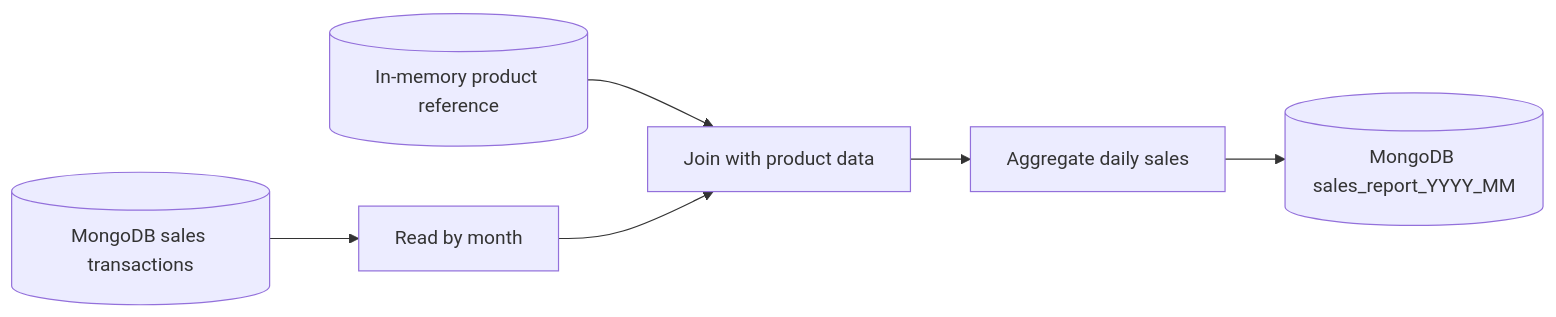
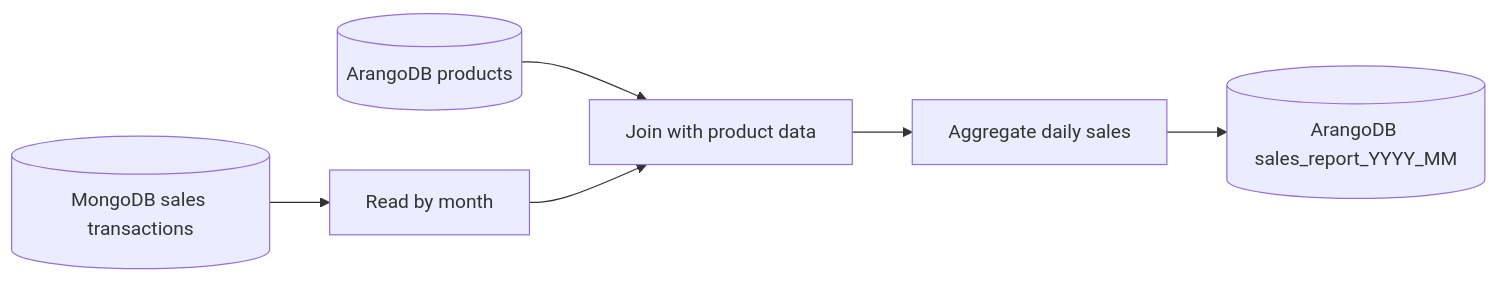
One commit to paulchen8206/Spark-Platform-on-Kubernetes-with-Spring-Boot changed the second of 2 diagrams in spark-batch-sales-report-job/README.md. Above: the diagram before and after it, drawn with Mermaid. The commit also changed other lines of this file and 9 other files, not shown here.

````diff
--- a/spark-batch-sales-report-job/README.md
+++ b/spark-batch-sales-report-job/README.md
@@ -83,8 +84,8 @@
 ```mermaid
 flowchart LR
   Input[(MongoDB sales transactions)] --> Read[Read by month]
-  Ref[(In-memory product reference)] --> Join[Join with product data]
+  Ref[(ArangoDB products)] --> Join[Join with product data]
   Read --> Join
   Join --> Agg[Aggregate daily sales]
-  Agg --> Out[(MongoDB sales_report_YYYY_MM)]
+  Agg --> Out[(ArangoDB sales_report_YYYY_MM)]
 ```
````
